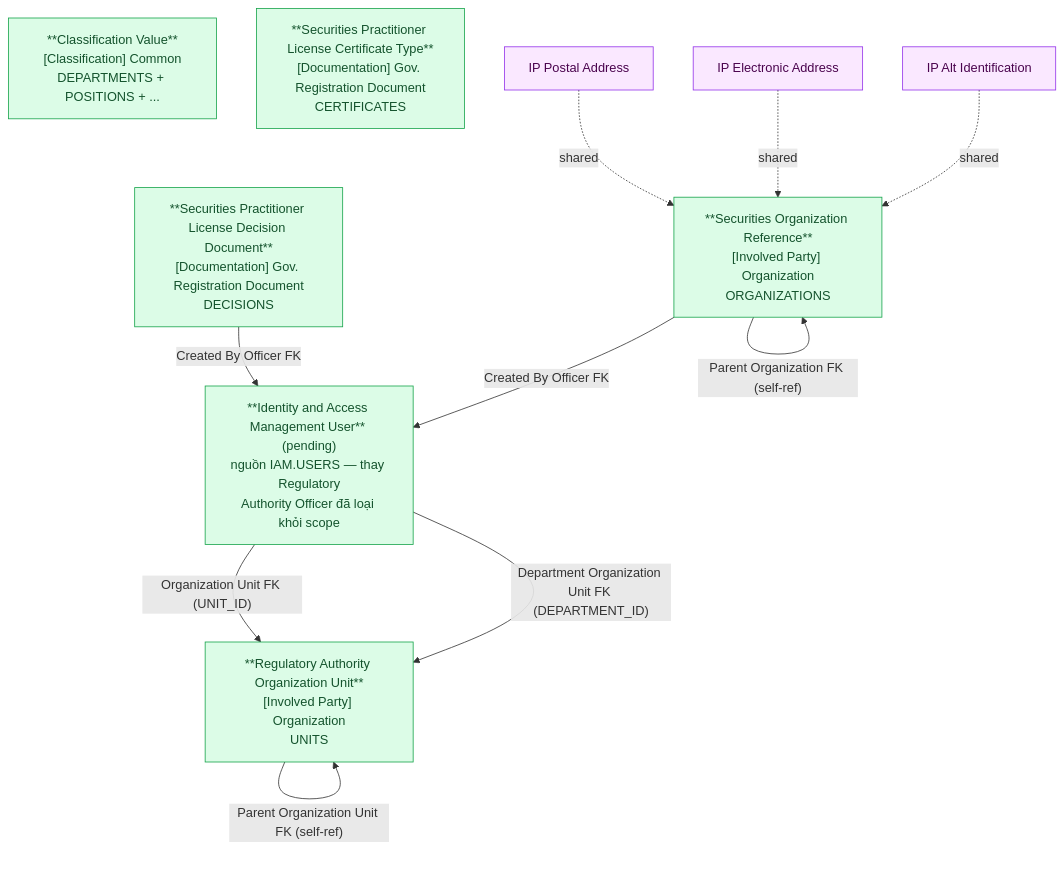
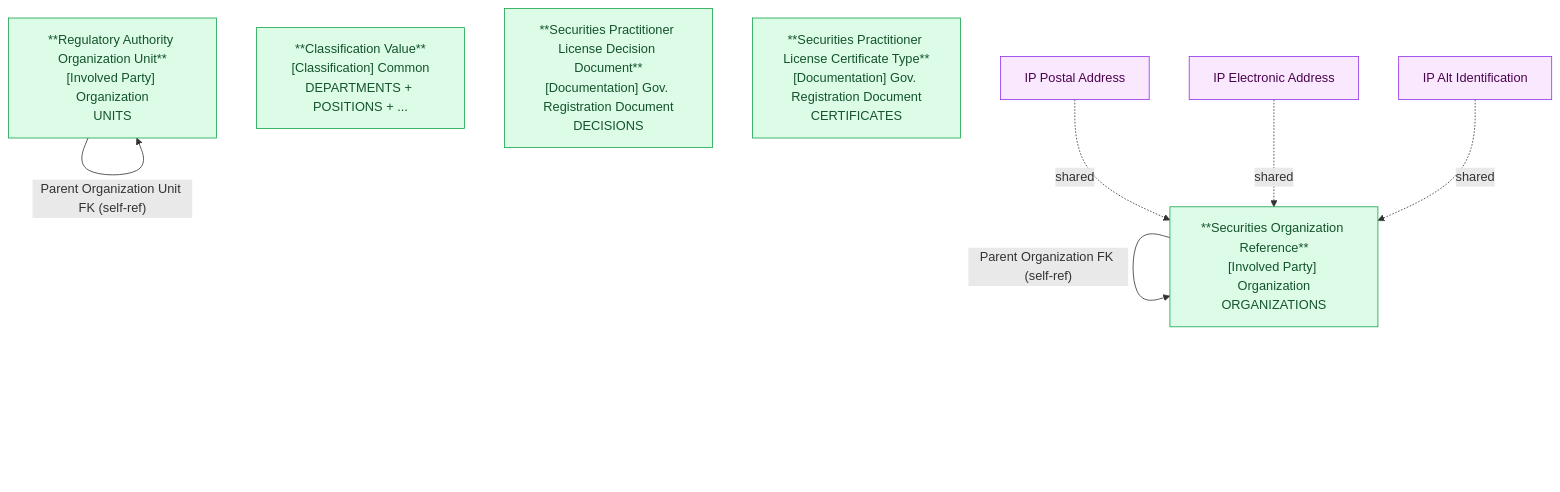
Before and after one commit to linhlvit/ubck_atomic_design: the second of 2 diagrams in DataModel/working/Atomic/hld/NHNCK_HLD_Tier1.md, drawn with Mermaid. The commit also changed other lines of this file and 19 other files, not shown here.

````diff
--- a/DataModel/working/Atomic/hld/NHNCK_HLD_Tier1.md
+++ b/DataModel/working/Atomic/hld/NHNCK_HLD_Tier1.md
@@ -54,25 +54,20 @@
 ```mermaid
 graph TD
     classDef atomic fill:#dcfce7,stroke:#16a34a,color:#14532d
     classDef shared fill:#fae8ff,stroke:#9333ea,color:#4a044e
 
     ORGUNIT["**Regulatory Authority Organization Unit**\n[Involved Party] Organization\nUNITS"]:::atomic
     CLVALUE["**Classification Value**\n[Classification] Common\nDEPARTMENTS + POSITIONS + ..."]:::atomic
     SECORG["**Securities Organization Reference**\n[Involved Party] Organization\nORGANIZATIONS"]:::atomic
     DECISION["**Securities Practitioner License Decision Document**\n[Documentation] Gov. Registration Document\nDECISIONS"]:::atomic
-    OFFICER["**Identity and Access Management User** (pending)\nnguồn IAM.USERS — thay Regulatory\nAuthority Officer đã loại khỏi scope"]:::atomic
     CERTTYPE["**Securities Practitioner License Certificate Type**\n[Documentation] Gov. Registration Document\nCERTIFICATES"]:::atomic
     ADDR["IP Postal Address"]:::shared
     EADDR["IP Electronic Address"]:::shared
     ALTID["IP Alt Identification"]:::shared
 
     ORGUNIT -->|"Parent Organization Unit FK (self-ref)"| ORGUNIT
-    OFFICER -->|"Organization Unit FK (UNIT_ID)"| ORGUNIT
-    OFFICER -->|"Department Organization Unit FK (DEPARTMENT_ID)"| ORGUNIT
-    DECISION -->|"Created By Officer FK"| OFFICER
-    SECORG -->|"Created By Officer FK"| OFFICER
     SECORG -->|"Parent Organization FK (self-ref)"| SECORG
     ADDR -.->|"shared"| SECORG
     EADDR -.->|"shared"| SECORG
     ALTID -.->|"shared"| SECORG
 ```
````
